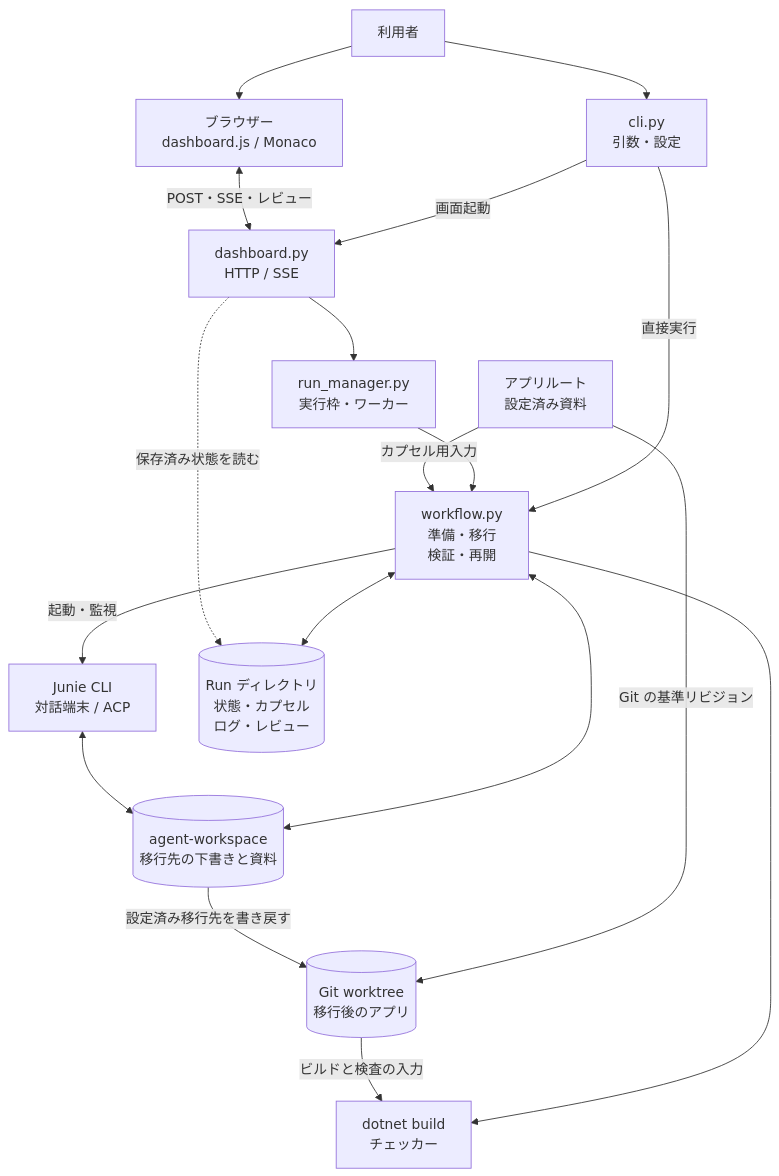
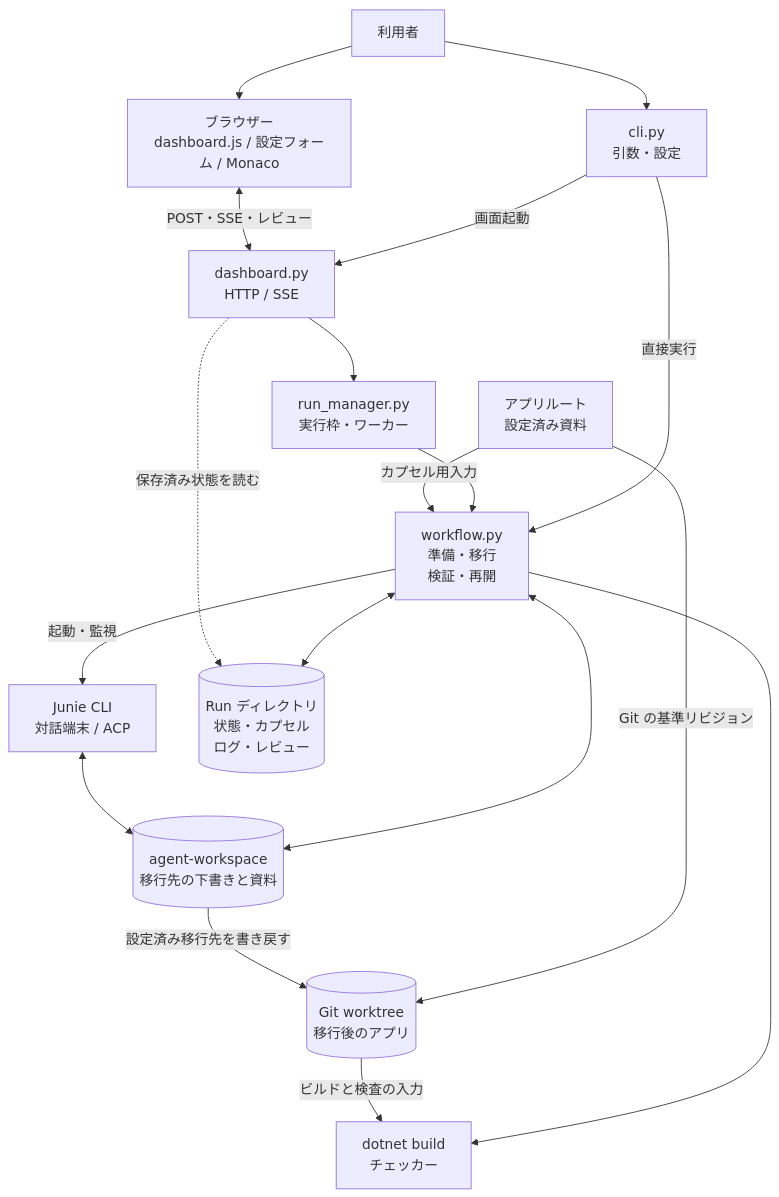
The second of 8 diagrams in docs/architecture.md (SSsan-00/moca), drawn with Mermaid before and after one commit. The commit also changed other lines of this file and 37 other files, not shown here.

````diff
--- a/docs/architecture.md
+++ b/docs/architecture.md
@@ -158,32 +158,32 @@
 ```mermaid
 flowchart TD
     User["利用者"]
     CLI["cli.py<br/>引数・設定"]
-    UI["ブラウザー<br/>dashboard.js / Monaco"]
+    UI["ブラウザー<br/>dashboard.js / 設定フォーム / Monaco"]
     HTTP["dashboard.py<br/>HTTP / SSE"]
     Manager["run_manager.py<br/>実行枠・ワーカー"]
     Flow["workflow.py<br/>準備・移行<br/>検証・再開"]
     Input["アプリルート<br/>設定済み資料"]
     Junie["Junie CLI<br/>対話端末 / ACP"]
     Verify["dotnet build<br/>チェッカー"]
     Record[("Run ディレクトリ<br/>状態・カプセル<br/>ログ・レビュー")]
     Agent[("agent-workspace<br/>移行先の下書きと資料")]
     Tree[("Git worktree<br/>移行後のアプリ")]
 
     User --> CLI
     User --> UI
     CLI -->|直接実行| Flow
     CLI -->|画面起動| HTTP
     UI <-->|POST・SSE・レビュー| HTTP
     HTTP --> Manager --> Flow
     Input -->|カプセル用入力| Flow
     Input -->|Git の基準リビジョン| Tree
     Flow <--> Record
     Flow <--> Agent
     Junie <--> Agent
     Flow -->|起動・監視| Junie
     Agent -->|設定済み移行先を書き戻す| Tree
     Flow --> Verify
     Tree -->|ビルドと検査の入力| Verify
     HTTP -.->|保存済み状態を読む| Record
 ```
````
